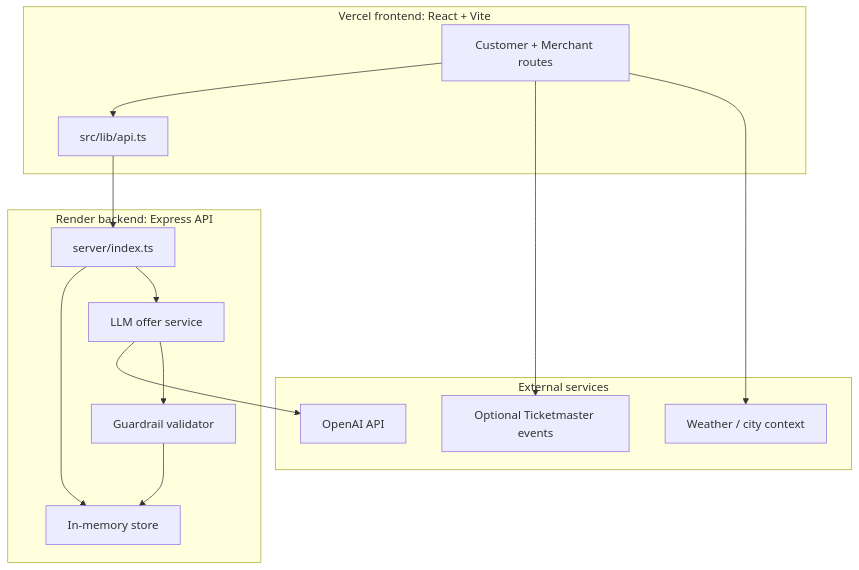
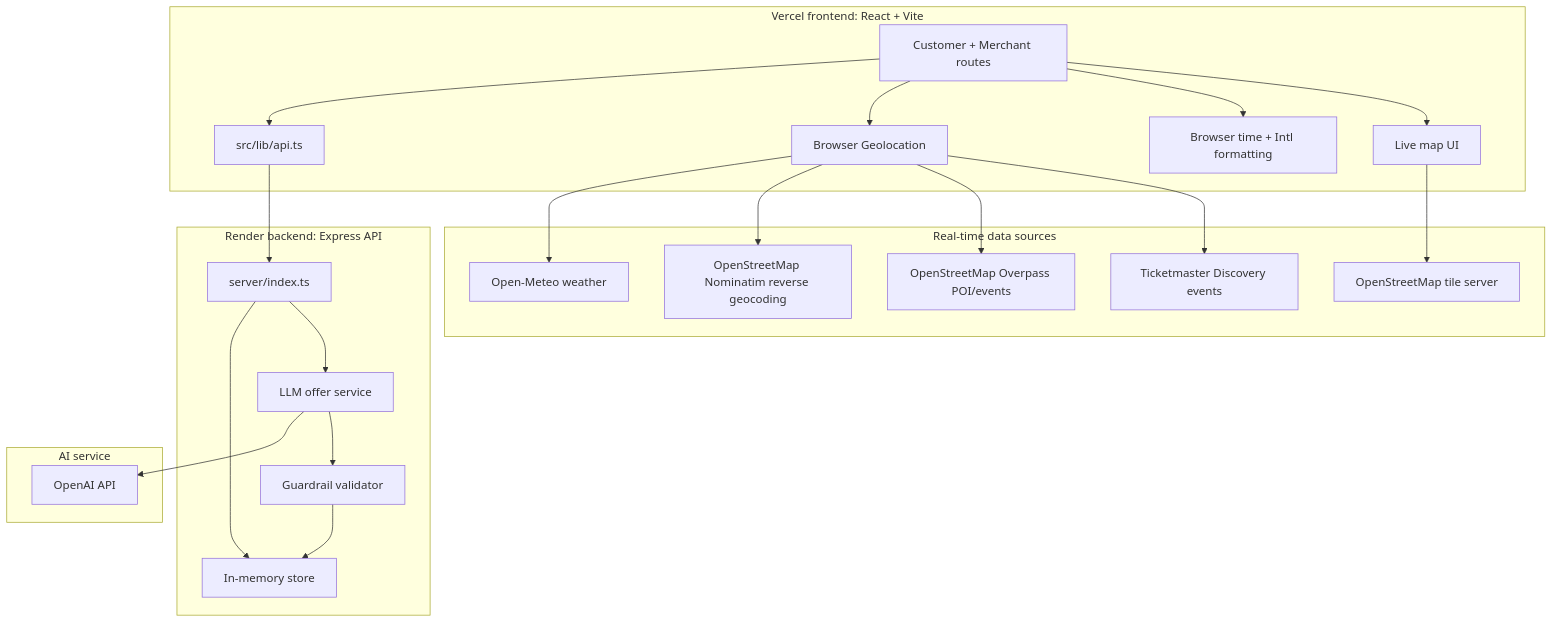
One commit to huiwenxue122/CityPulse-Wallet changed the second of 3 diagrams in README.md. Above: the diagram before and after it, drawn with Mermaid.

Commit message:
Show real-time data sources in README architecture
Update the system architecture diagram to include geolocation, time, weather, map tiles, POI, reverse geocoding, events, and OpenAI services.

Made-with: Cursor

````diff
--- a/README.md
+++ b/README.md
@@ -81,30 +81,45 @@
 ```mermaid
 flowchart TB
   subgraph Frontend["Vercel frontend: React + Vite"]
     Routes["Customer + Merchant routes"]
     ApiClient["src/lib/api.ts"]
+    Geo["Browser Geolocation"]
+    Clock["Browser time + Intl formatting"]
+    MapUI["Live map UI"]
     Routes --> ApiClient
+    Routes --> Geo
+    Routes --> Clock
+    Routes --> MapUI
   end
 
   subgraph Backend["Render backend: Express API"]
     ApiRoutes["server/index.ts"]
     Store["In-memory store"]
     LLM["LLM offer service"]
     Guardrails["Guardrail validator"]
   end
 
-  subgraph External["External services"]
+  subgraph Realtime["Real-time data sources"]
+    OpenMeteo["Open-Meteo weather"]
+    OSMTiles["OpenStreetMap tile server"]
+    Overpass["OpenStreetMap Overpass POI/events"]
+    Nominatim["OpenStreetMap Nominatim reverse geocoding"]
+    Ticketmaster["Ticketmaster Discovery events"]
+  end
+
+  subgraph AI["AI service"]
     OpenAI["OpenAI API"]
-    Events["Optional Ticketmaster events"]
-    Weather["Weather / city context"]
   end
 
   ApiClient --> ApiRoutes
   ApiRoutes --> Store
   ApiRoutes --> LLM
   LLM --> OpenAI
   LLM --> Guardrails
   Guardrails --> Store
-  Routes --> Events
-  Routes --> Weather
+  Geo --> OpenMeteo
+  Geo --> Nominatim
+  Geo --> Overpass
+  Geo --> Ticketmaster
+  MapUI --> OSMTiles
 ```
````
